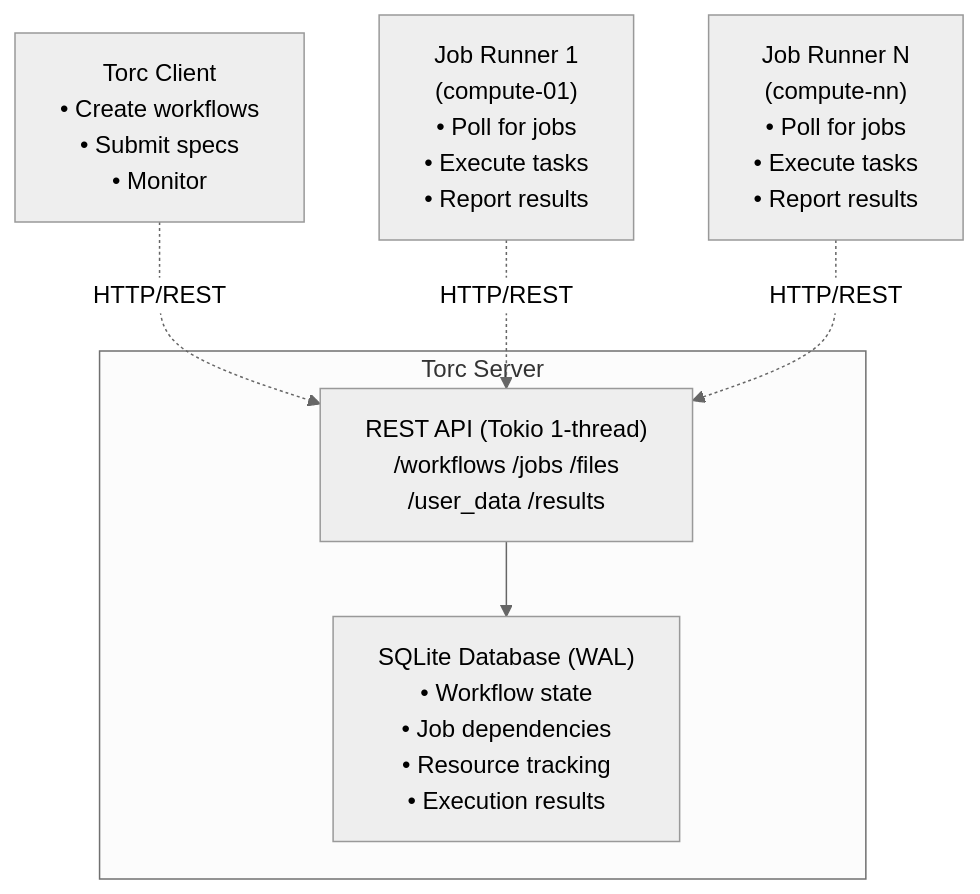
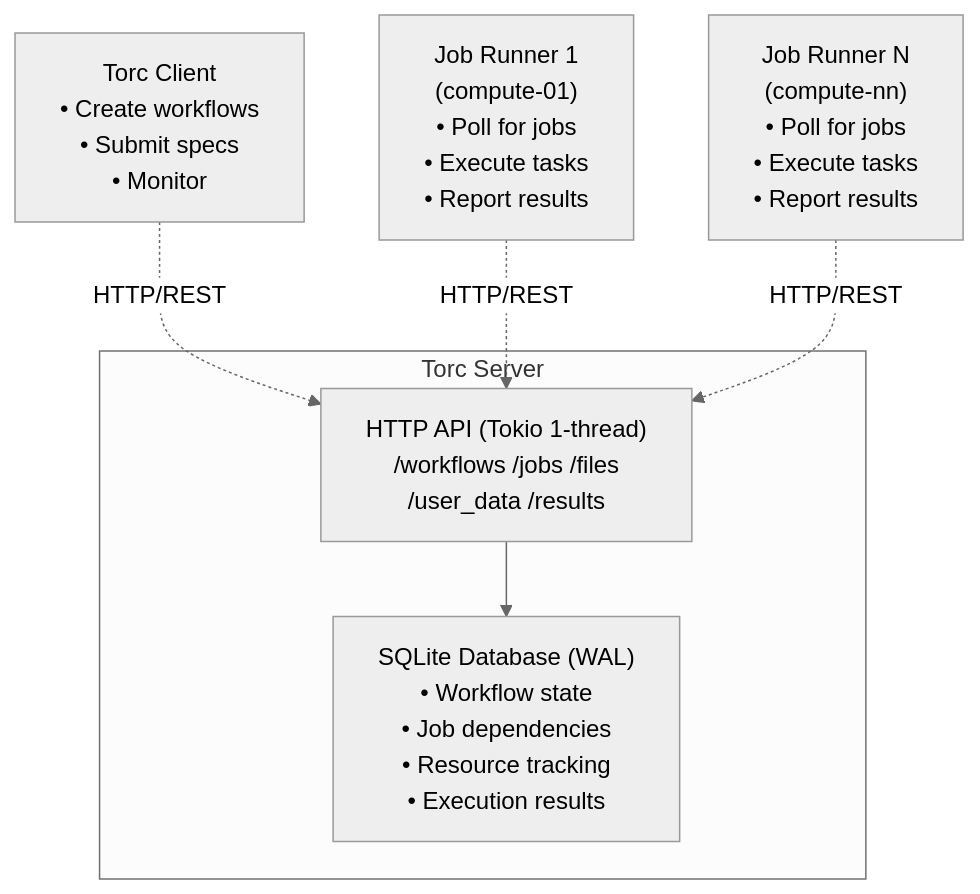
One commit to NREL/torc changed the diagram in docs/src/explanation/architecture.md. Above: the diagram before and after it, drawn with Mermaid (neutral theme). The commit also changed other lines of this file and 13 other files, not shown here.

````diff
--- a/docs/src/explanation/architecture.md
+++ b/docs/src/explanation/architecture.md
@@ -18,16 +18,16 @@
 ```mermaid
 graph TB
     subgraph Server["Torc Server"]
-        API["REST API (Tokio 1-thread)<br/>/workflows /jobs /files<br/>/user_data /results"]
+        API["HTTP API (Tokio 1-thread)<br/>/workflows /jobs /files<br/>/user_data /results"]
         DB["SQLite Database (WAL)<br/>• Workflow state<br/>• Job dependencies<br/>• Resource tracking<br/>• Execution results"]
         API --> DB
     end
 
     Client["Torc Client<br/>• Create workflows<br/>• Submit specs<br/>• Monitor"]
     Runner1["Job Runner 1<br/>(compute-01)<br/>• Poll for jobs<br/>• Execute tasks<br/>• Report results"]
     RunnerN["Job Runner N<br/>(compute-nn)<br/>• Poll for jobs<br/>• Execute tasks<br/>• Report results"]
 
     Client -.HTTP/REST.-> API
     Runner1 -.HTTP/REST.-> API
     RunnerN -.HTTP/REST.-> API
 ```
````
